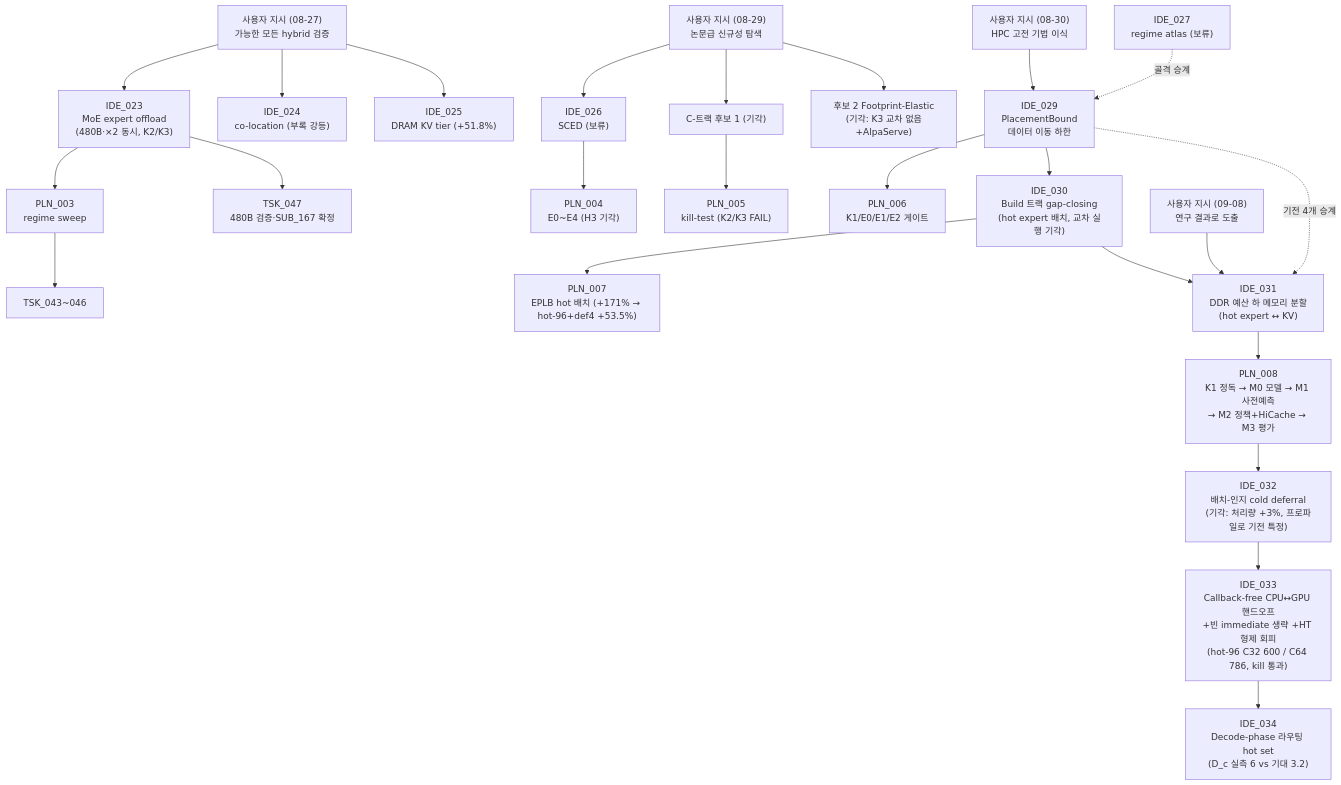
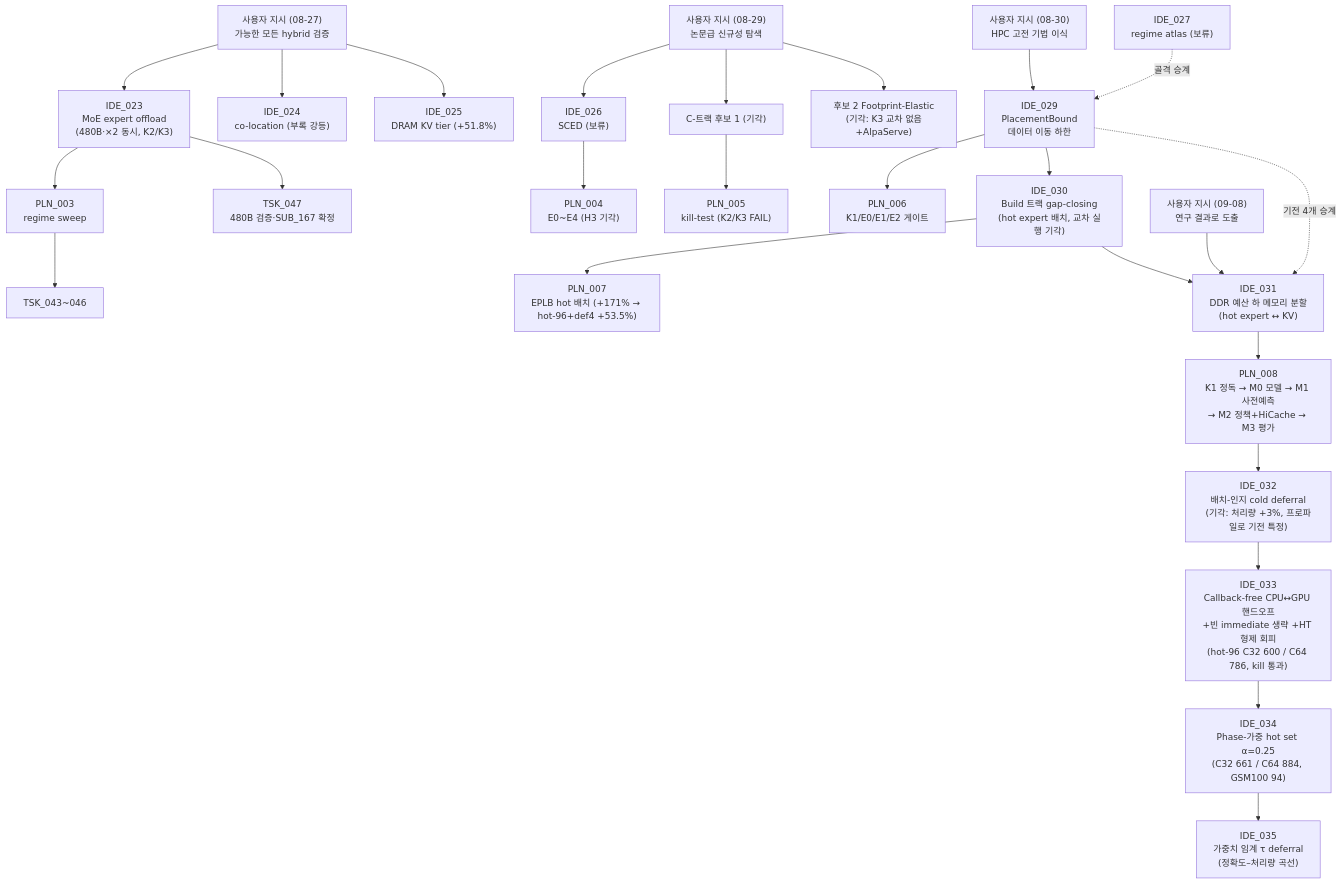
One commit to mystous/vllm_hybrid changed the second of 2 diagrams in shadow_assists/README.md. Above: the diagram before and after it, drawn with Mermaid. The commit also changed 1 other file, not shown here.

Commit message:
ids: IDE_035 (가중치 임계 τ deferral) 발급·사전 등록; README 트리 갱신

````diff
--- a/shadow_assists/README.md
+++ b/shadow_assists/README.md
@@ -270,26 +270,27 @@
 ```mermaid
 graph TD
     U27["사용자 지시 (08-27)<br/>가능한 모든 hybrid 검증"] --> IDE_023["IDE_023<br/>MoE expert offload<br/>(480B·×2 동시, K2/K3)"]
     U27 --> IDE_024["IDE_024<br/>co-location (부록 강등)"]
     U27 --> IDE_025["IDE_025<br/>DRAM KV tier (+51.8%)"]
     IDE_023 --> PLN_003["PLN_003<br/>regime sweep"]
     PLN_003 --> TSK_043["TSK_043~046"]
     IDE_023 --> TSK_047["TSK_047<br/>480B 검증·SUB_167 확정"]
     UN["사용자 지시 (08-29)<br/>논문급 신규성 탐색"] --> IDE_026["IDE_026<br/>SCED (보류)"]
     IDE_026 --> PLN_004["PLN_004<br/>E0~E4 (H3 기각)"]
     UN --> C1["C-트랙 후보 1 (기각)"]
     C1 --> PLN_005["PLN_005<br/>kill-test (K2/K3 FAIL)"]
     UN --> FP["후보 2 Footprint-Elastic<br/>(기각: K3 교차 없음+AlpaServe)"]
     UH["사용자 지시 (08-30)<br/>HPC 고전 기법 이식"] --> IDE_029["IDE_029<br/>PlacementBound<br/>데이터 이동 하한"]
     IDE_027["IDE_027<br/>regime atlas (보류)"] -.골격 승계.-> IDE_029
     IDE_029 --> PLN_006["PLN_006<br/>K1/E0/E1/E2 게이트"]
     IDE_029 --> IDE_030["IDE_030<br/>Build 트랙 gap-closing<br/>(hot expert 배치, 교차 실행 기각)"]
     IDE_030 --> PLN_007["PLN_007<br/>EPLB hot 배치 (+171% → hot-96+def4 +53.5%)"]
     UP["사용자 지시 (09-08)<br/>연구 결과로 도출"] --> IDE_031["IDE_031<br/>DDR 예산 하 메모리 분할<br/>(hot expert ↔ KV)"]
     IDE_030 --> IDE_031
     IDE_029 -.기전 4개 승계.-> IDE_031
     IDE_031 --> PLN_008["PLN_008<br/>K1 정독 → M0 모델 → M1 사전예측<br/>→ M2 정책+HiCache → M3 평가"]
     PLN_008 --> IDE_032["IDE_032<br/>배치-인지 cold deferral<br/>(기각: 처리량 +3%, 프로파일로 기전 특정)"]
     IDE_032 --> IDE_033["IDE_033<br/>Callback-free CPU↔GPU 핸드오프<br/>+빈 immediate 생략 +HT 형제 회피<br/>(hot-96 C32 600 / C64 786, kill 통과)"]
-    IDE_033 --> IDE_034["IDE_034<br/>Decode-phase 라우팅 hot set<br/>(D_c 실측 6 vs 기대 3.2)"]
+    IDE_033 --> IDE_034["IDE_034<br/>Phase-가중 hot set α=0.25<br/>(C32 661 / C64 884, GSM100 94)"]
+    IDE_034 --> IDE_035["IDE_035<br/>가중치 임계 τ deferral<br/>(정확도–처리량 곡선)"]
 ```
````
